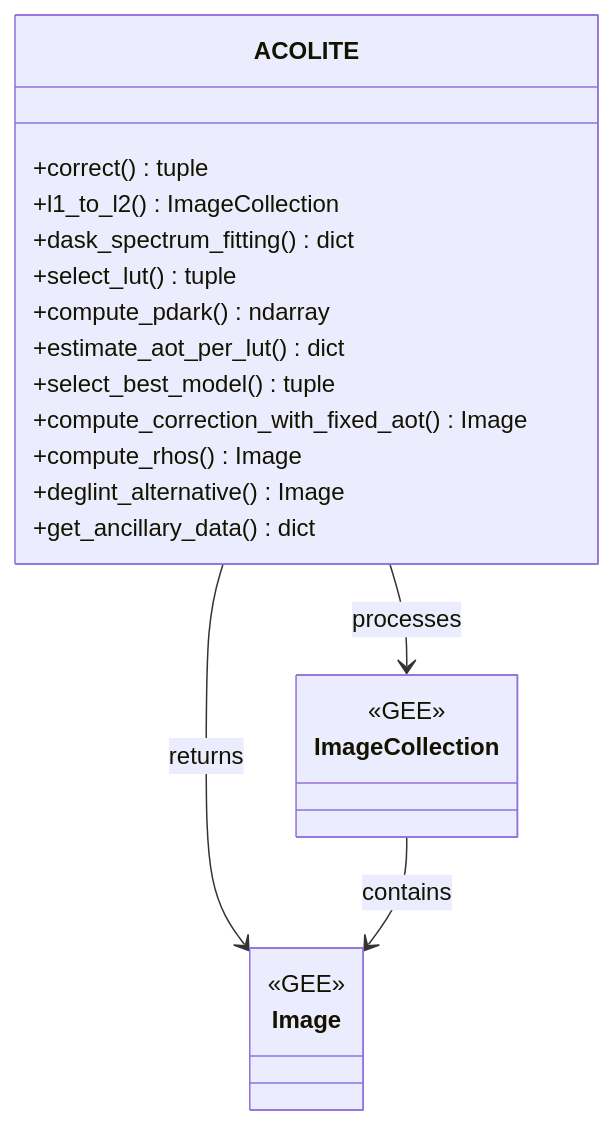
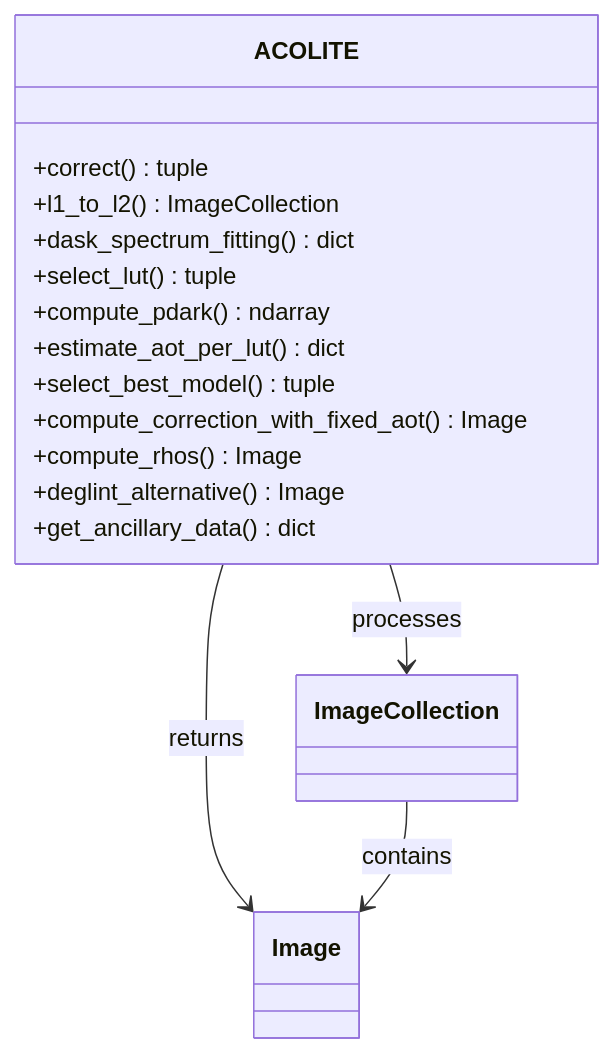
Before and after one commit to Aouei/gee_acolite: the first of 2 diagrams in docs/api/correction.md, drawn with Mermaid. The commit also changed 3 other files, not shown here.

Commit message:
FIX error un diagrams

````diff
--- a/docs/api/correction.md
+++ b/docs/api/correction.md
@@ -12,28 +12,20 @@
 ```mermaid
 classDiagram
     class ACOLITE {
         +correct() tuple
         +l1_to_l2() ImageCollection
         +dask_spectrum_fitting() dict
         +select_lut() tuple
         +compute_pdark() ndarray
         +estimate_aot_per_lut() dict
         +select_best_model() tuple
         +compute_correction_with_fixed_aot() Image
         +compute_rhos() Image
         +deglint_alternative() Image
         +get_ancillary_data() dict
     }
 
-    class ImageCollection {
-        <<GEE>>
-    }
-
-    class Image {
-        <<GEE>>
-    }
-
     ACOLITE --> ImageCollection : processes
     ACOLITE --> Image : returns
     ImageCollection --> Image : contains
 ```
````
